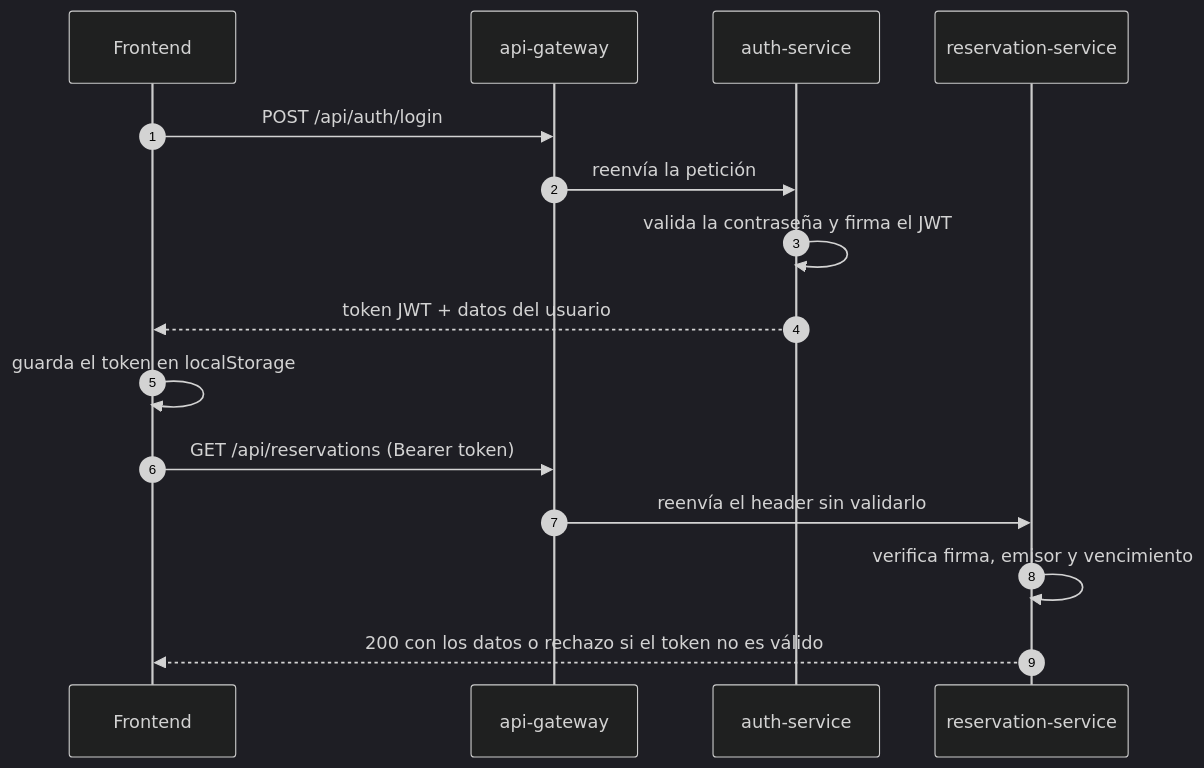
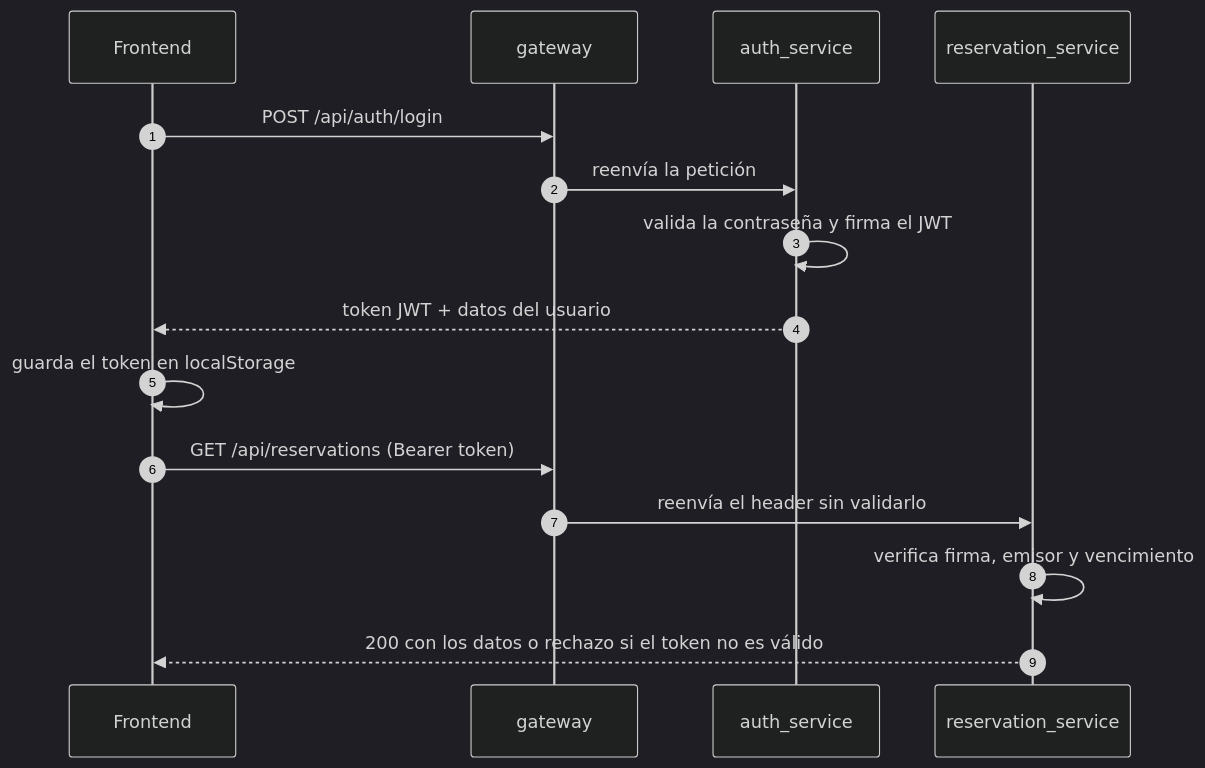
The fifth of 5 diagrams in README.md (DeiviCode99/ReservaYaEP-2026-2), drawn with Mermaid (dark theme) before and after one commit. The commit also changed other lines of this file and 3 other files, not shown here.

````diff
--- a/README.md
+++ b/README.md
@@ -322,19 +321,19 @@
 ```mermaid
 sequenceDiagram
     autonumber
     participant F as Frontend
-    participant G as api-gateway
-    participant A as auth-service
-    participant R as reservation-service
+    participant G as gateway
+    participant A as auth_service
+    participant R as reservation_service
 
     F->>G: POST /api/auth/login
     G->>A: reenvía la petición
     A->>A: valida la contraseña y firma el JWT
     A-->>F: token JWT + datos del usuario
     F->>F: guarda el token en localStorage
 
     F->>G: GET /api/reservations (Bearer token)
     G->>R: reenvía el header sin validarlo
     R->>R: verifica firma, emisor y vencimiento
     R-->>F: 200 con los datos o rechazo si el token no es válido
 ```
````
